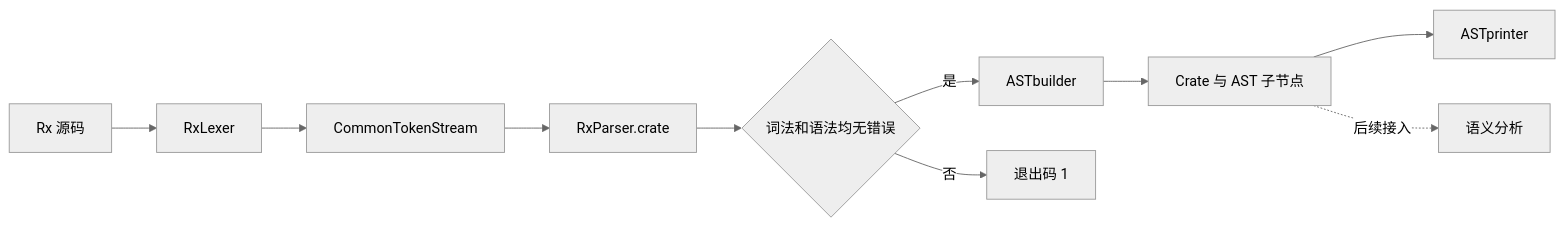
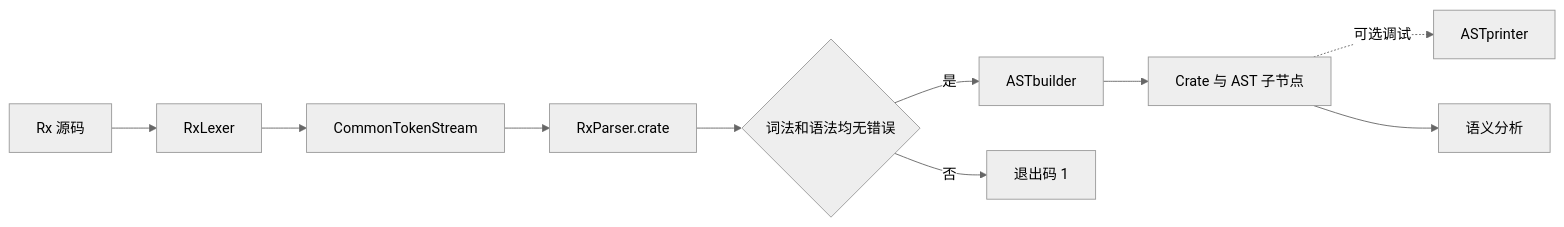
One commit to juju527/rx-compiler changed the diagram in docs/ast.md. Above: the diagram before and after it, drawn with Mermaid (neutral theme). The commit also changed other lines of this file and 50 other files, not shown here.

````diff
--- a/docs/ast.md
+++ b/docs/ast.md
@@ -11,12 +11,12 @@
 ```mermaid
 flowchart LR
     Source[Rx 源码] --> Lexer[RxLexer]
     Lexer --> Tokens[CommonTokenStream]
     Tokens --> Parser[RxParser.crate]
     Parser --> Check{词法和语法均无错误}
     Check -->|是| Builder[ASTbuilder]
     Check -->|否| Reject[退出码 1]
     Builder --> Crate[Crate 与 AST 子节点]
-    Crate --> Printer[ASTprinter]
-    Crate -. 后续接入 .-> Semantic[语义分析]
+    Crate -. 可选调试 .-> Printer[ASTprinter]
+    Crate --> Semantic[语义分析]
 ```
````
